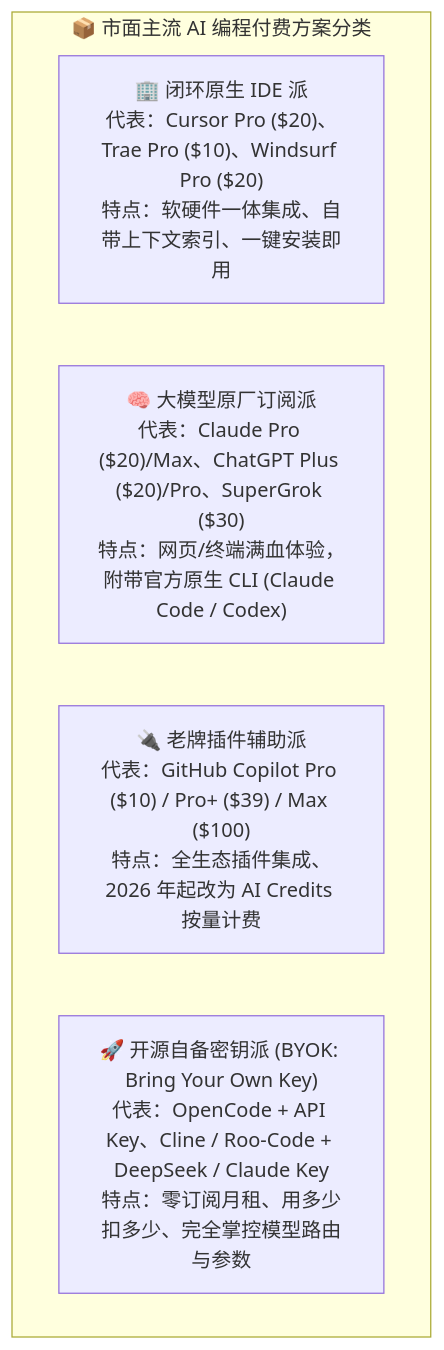
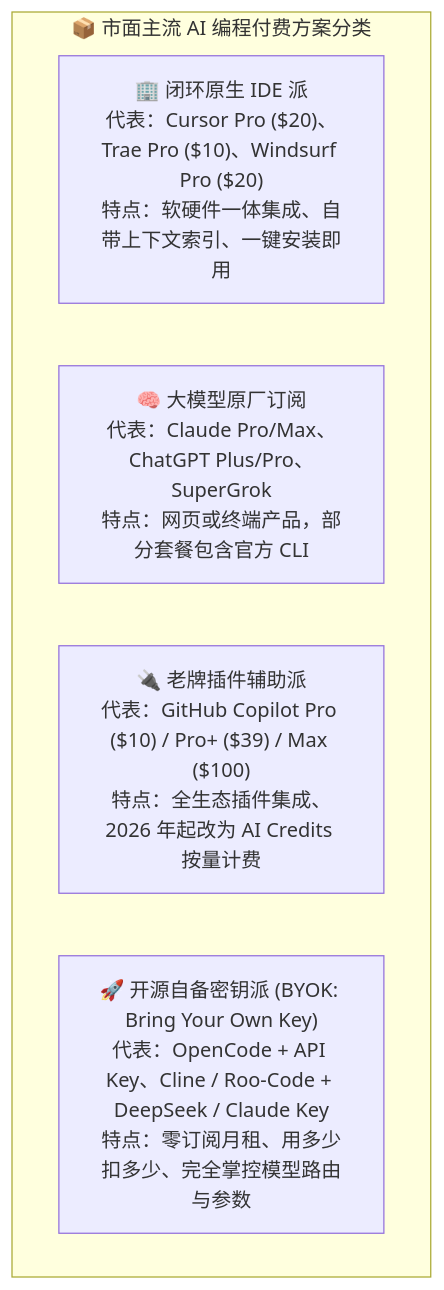
The second of 4 diagrams in 14_如何正确的使用agent工具/03_到底需不需要订阅CodingPlan和AgentPlan.md (buffer121328/vibe-coding-and-agents), drawn with Mermaid before and after one commit. The commit also changed other lines of this file and 147 other files, not shown here.

````diff
--- a/14_如何正确的使用agent工具/03_到底需不需要订阅CodingPlan和AgentPlan.md
+++ b/14_如何正确的使用agent工具/03_到底需不需要订阅CodingPlan和AgentPlan.md
@@ -36,9 +36,9 @@
 ```mermaid
 flowchart TD
     subgraph Subscriptions ["📦 市面主流 AI 编程付费方案分类"]
         P1["🏢 闭环原生 IDE 派<br/>代表：Cursor Pro ($20)、Trae Pro ($10)、Windsurf Pro ($20)<br/>特点：软硬件一体集成、自带上下文索引、一键安装即用"]
-        P2["🧠 大模型原厂订阅派<br/>代表：Claude Pro ($20)/Max、ChatGPT Plus ($20)/Pro、SuperGrok ($30)<br/>特点：网页/终端满血体验，附带官方原生 CLI (Claude Code / Codex)"]
+        P2["🧠 大模型原厂订阅<br/>代表：Claude Pro/Max、ChatGPT Plus/Pro、SuperGrok<br/>特点：网页或终端产品，部分套餐包含官方 CLI"]
         P3["🔌 老牌插件辅助派<br/>代表：GitHub Copilot Pro ($10) / Pro+ ($39) / Max ($100)<br/>特点：全生态插件集成、2026 年起改为 AI Credits 按量计费"]
         P4["🚀 开源自备密钥派 (BYOK: Bring Your Own Key)<br/>代表：OpenCode + API Key、Cline / Roo-Code + DeepSeek / Claude Key<br/>特点：零订阅月租、用多少扣多少、完全掌控模型路由与参数"]
     end
 ```
````
